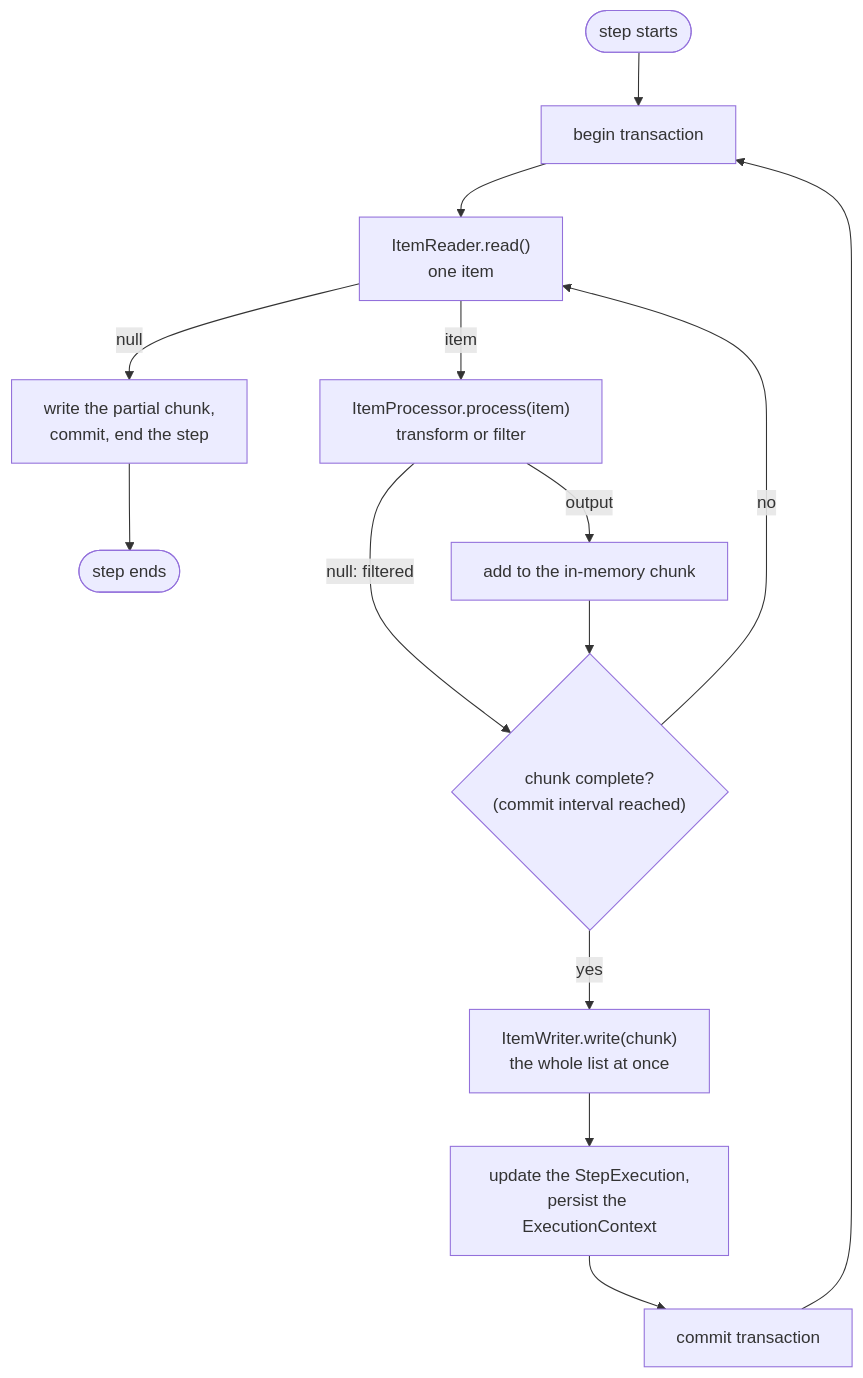
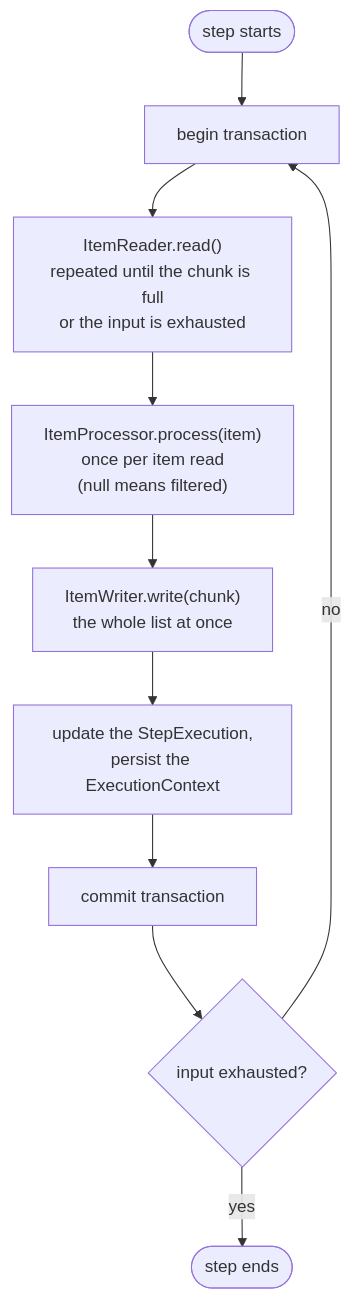
The first of 2 diagrams in modules/ROOT/pages/backend/spring-batch/chunk-oriented-processing.adoc (albertoirurueta/docs), drawn with Mermaid before and after one commit. The commit also changed other lines of this file and 6182 other files, not shown here.

```diff
--- a/modules/ROOT/pages/backend/spring-batch/chunk-oriented-processing.adoc
+++ b/modules/ROOT/pages/backend/spring-batch/chunk-oriented-processing.adoc
@@ -12,17 +12,13 @@
 [mermaid]
 ....
 flowchart TB
     Start(["step starts"]) --> Tx["begin transaction"]
-    Tx --> Read["ItemReader.read()<br/>one item"]
-    Read -->|null| Flush["write the partial chunk,<br/>commit, end the step"]
-    Read -->|item| Process["ItemProcessor.process(item)<br/>transform or filter"]
-    Process -->|null: filtered| Full
-    Process -->|output| Buffer["add to the in-memory chunk"]
-    Buffer --> Full{"chunk complete?<br/>(commit interval reached)"}
-    Full -->|no| Read
-    Full -->|yes| Write["ItemWriter.write(chunk)<br/>the whole list at once"]
+    Tx --> Read["ItemReader.read()<br/>repeated until the chunk is full<br/>or the input is exhausted"]
+    Read --> Process["ItemProcessor.process(item)<br/>once per item read<br/>(null means filtered)"]
+    Process --> Write["ItemWriter.write(chunk)<br/>the whole list at once"]
     Write --> Update["update the StepExecution,<br/>persist the ExecutionContext"]
     Update --> Commit["commit transaction"]
-    Commit --> Tx
-    Flush --> Done(["step ends"])
+    Commit --> More{"input exhausted?"}
+    More -->|no| Tx
+    More -->|yes| Done(["step ends"])
 ....
```
